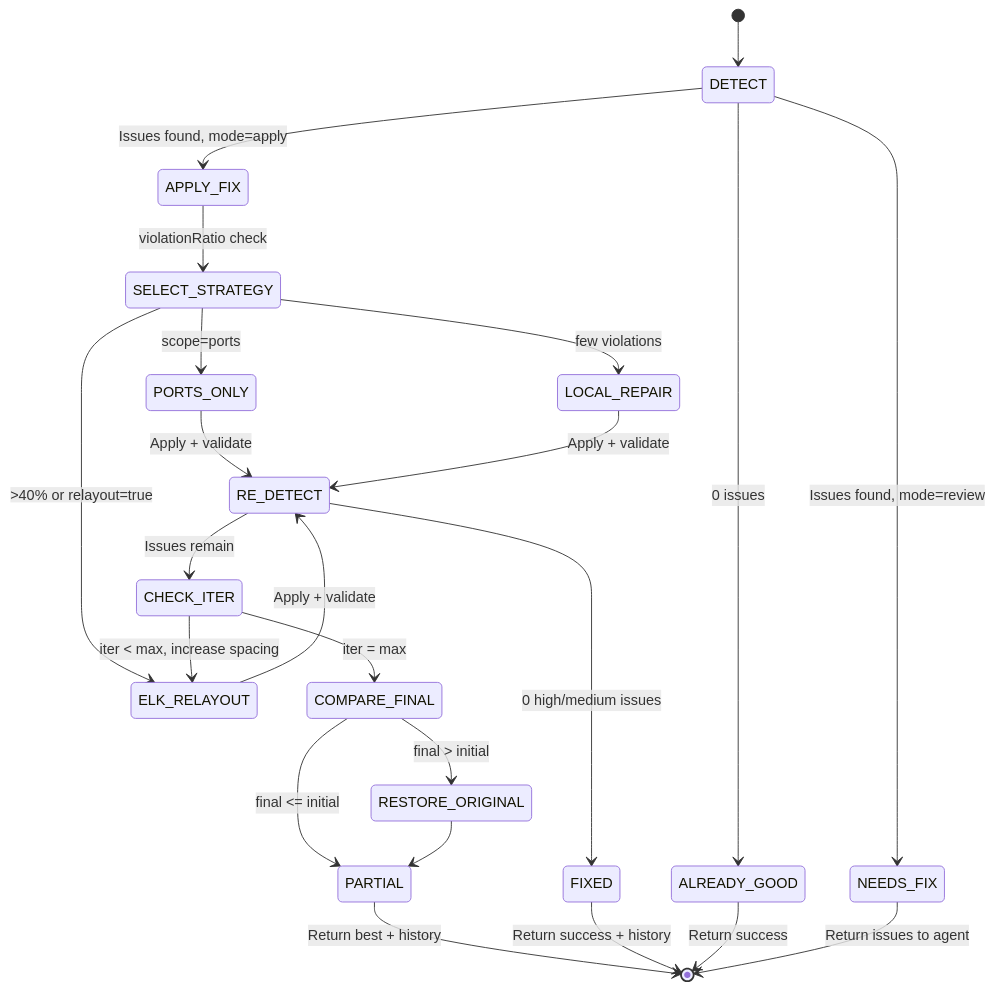
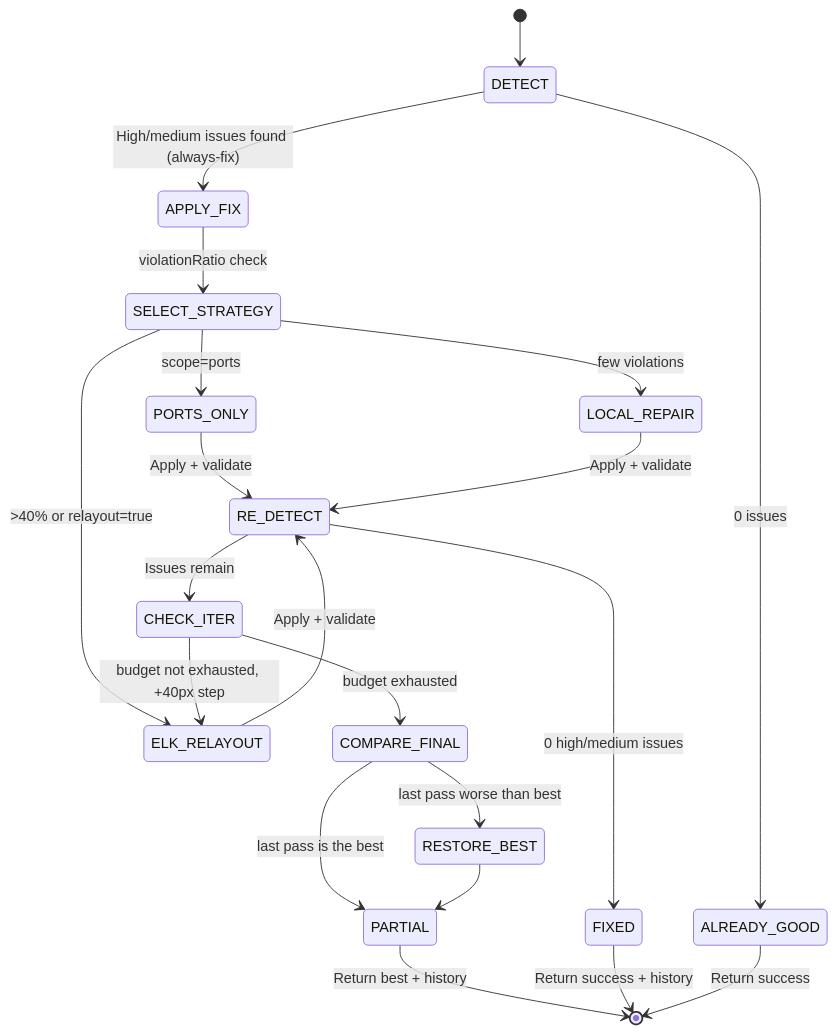
One commit to dnguyenminh/SDLC-Agents-4-Enteprise changed the fifth of 5 diagrams in documents/SA4E-406/FSD.md. Above: the diagram before and after it, drawn with Mermaid. The commit also changed other lines of this file and 48 other files, not shown here.

````diff
--- a/documents/SA4E-406/FSD.md
+++ b/documents/SA4E-406/FSD.md
@@ -1474,25 +1485,23 @@
 ```mermaid
 stateDiagram-v2
     [*] --> DETECT
     DETECT --> ALREADY_GOOD: 0 issues
-    DETECT --> NEEDS_FIX: Issues found, mode=review
-    DETECT --> APPLY_FIX: Issues found, mode=apply
+    DETECT --> APPLY_FIX: High/medium issues found (always-fix)
     APPLY_FIX --> SELECT_STRATEGY: violationRatio check
     SELECT_STRATEGY --> PORTS_ONLY: scope=ports
     SELECT_STRATEGY --> LOCAL_REPAIR: few violations
     SELECT_STRATEGY --> ELK_RELAYOUT: >40% or relayout=true
     PORTS_ONLY --> RE_DETECT: Apply + validate
     LOCAL_REPAIR --> RE_DETECT: Apply + validate
     ELK_RELAYOUT --> RE_DETECT: Apply + validate
     RE_DETECT --> FIXED: 0 high/medium issues
     RE_DETECT --> CHECK_ITER: Issues remain
-    CHECK_ITER --> ELK_RELAYOUT: iter < max, increase spacing
-    CHECK_ITER --> COMPARE_FINAL: iter = max
-    COMPARE_FINAL --> RESTORE_ORIGINAL: final > initial
-    COMPARE_FINAL --> PARTIAL: final <= initial
-    RESTORE_ORIGINAL --> PARTIAL
+    CHECK_ITER --> ELK_RELAYOUT: budget not exhausted, +40px step
+    CHECK_ITER --> COMPARE_FINAL: budget exhausted
+    COMPARE_FINAL --> RESTORE_BEST: last pass worse than best
+    COMPARE_FINAL --> PARTIAL: last pass is the best
+    RESTORE_BEST --> PARTIAL
     PARTIAL --> [*]: Return best + history
     FIXED --> [*]: Return success + history
     ALREADY_GOOD --> [*]: Return success
-    NEEDS_FIX --> [*]: Return issues to agent
 ```
````
